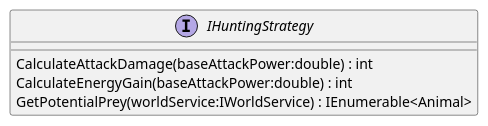
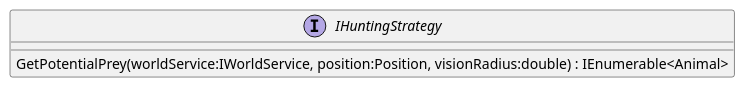
Before and after one commit to I42I/ecosystem: the diagram in plantuml/Models/Behaviors/Hunt/IHuntingStrategy.puml, drawn with PlantUML. The commit also changed 65 other files, not shown here.

```diff
--- a/plantuml/Models/Behaviors/Hunt/IHuntingStrategy.puml
+++ b/plantuml/Models/Behaviors/Hunt/IHuntingStrategy.puml
@@ -1,7 +1,5 @@
 @startuml
 interface IHuntingStrategy {
-    CalculateAttackDamage(baseAttackPower:double) : int
-    CalculateEnergyGain(baseAttackPower:double) : int
-    GetPotentialPrey(worldService:IWorldService) : IEnumerable<Animal>
+    GetPotentialPrey(worldService:IWorldService, position:Position, visionRadius:double) : IEnumerable<Animal>
 }
 @enduml
```
